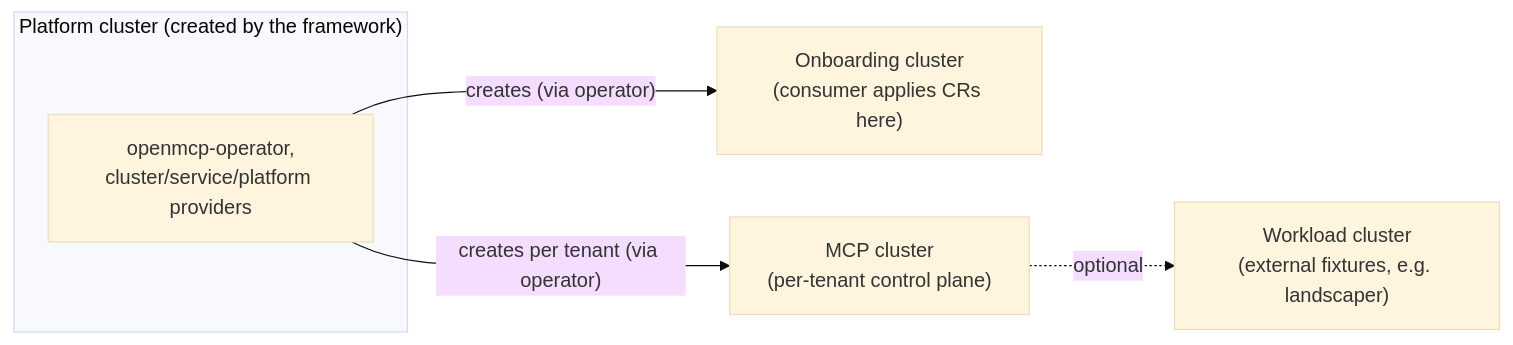
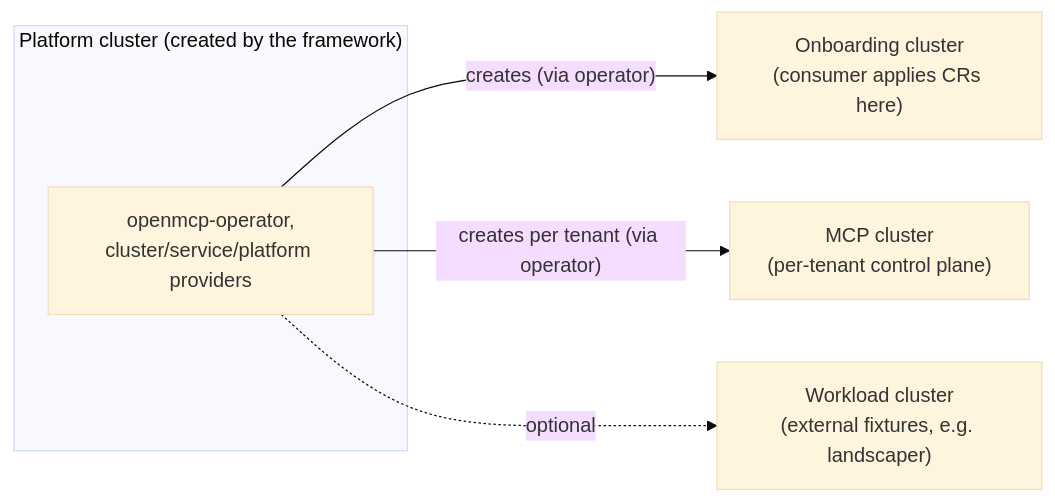
The diagram in docs/developers/serviceprovider/05-testing.mdx (openmcp-project/docs), drawn with Mermaid (base theme) before and after one commit. The commit also changed other lines of this file and 1 other file, not shown here.

````diff
--- a/docs/developers/serviceprovider/05-testing.mdx
+++ b/docs/developers/serviceprovider/05-testing.mdx
@@ -12,9 +12,9 @@
 ```mermaid
 flowchart LR
   subgraph kind["Platform cluster (created by the framework)"]
     P["openmcp-operator,<br/>cluster/service/platform providers"]
   end
   P -->|"creates (via operator)"| O["Onboarding cluster<br/>(consumer applies CRs here)"]
   P -->|"creates per tenant (via operator)"| M["MCP cluster<br/>(per-tenant control plane)"]
-  M -.->|"optional"| W["Workload cluster<br/>(external fixtures, e.g. landscaper)"]
+  P -.->|"optional"| W["Workload cluster<br/>(external fixtures, e.g. landscaper)"]
 ```
````
